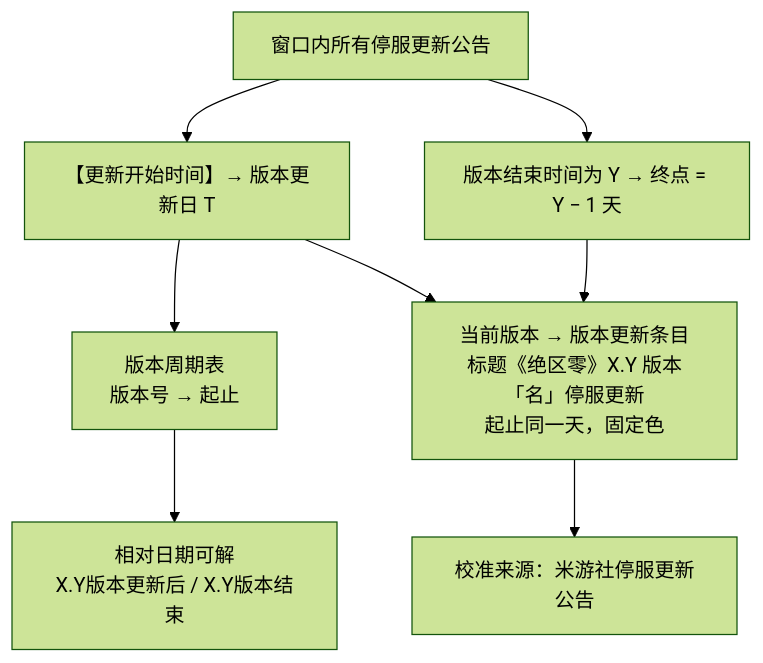
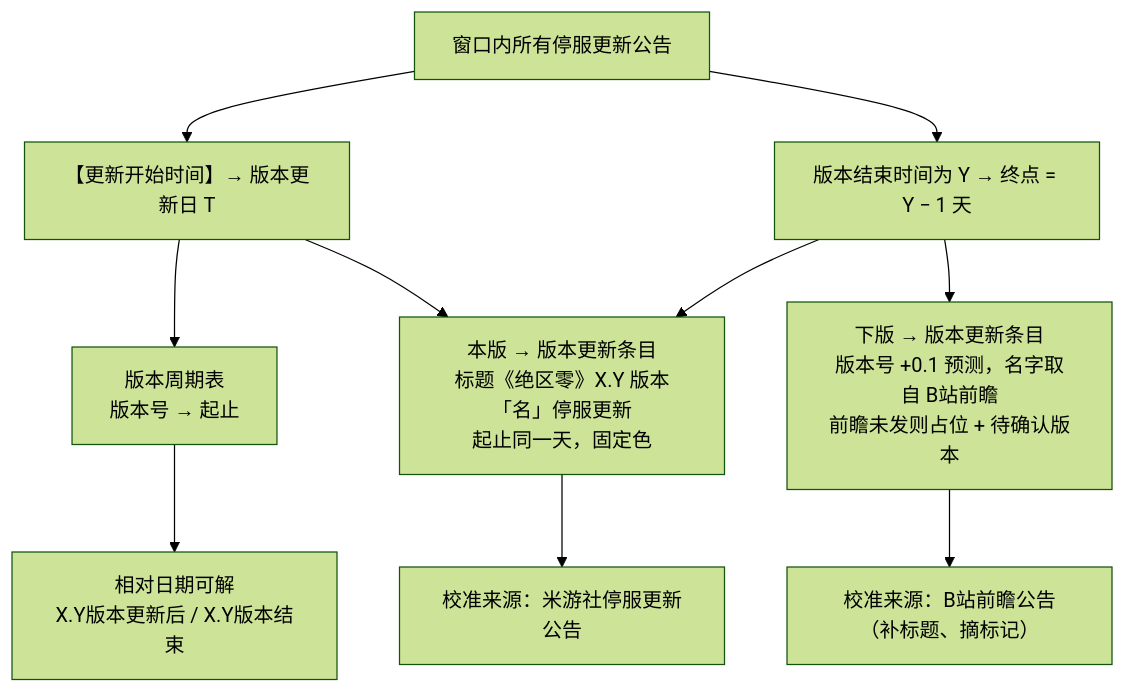
Before and after one commit to autummu2/HoyoCalendar: the fourth of 10 diagrams in tools/editor/zenless/RULES.md, drawn with Mermaid (forest theme). The commit also changed other lines of this file and 7 other files, not shown here.

````diff
--- a/tools/editor/zenless/RULES.md
+++ b/tools/editor/zenless/RULES.md
@@ -176,10 +185,12 @@
 ```mermaid
 flowchart TD
     A["窗口内所有停服更新公告"] --> B["【更新开始时间】→ 版本更新日 T"]
     A --> C["版本结束时间为 Y → 终点 = Y − 1 天"]
     B --> D["版本周期表<br/>版本号 → 起止"]
     D --> E["相对日期可解<br/>X.Y版本更新后 / X.Y版本结束"]
-    B --> F["当前版本 → 版本更新条目<br/>标题《绝区零》X.Y 版本「名」停服更新<br/>起止同一天，固定色"]
+    B --> F["本版 → 版本更新条目<br/>标题《绝区零》X.Y 版本「名」停服更新<br/>起止同一天，固定色"]
     C --> F
+    C --> H["下版 → 版本更新条目<br/>版本号 +0.1 预测，名字取自 B站前瞻<br/>前瞻未发则占位 + 待确认版本"]
     F --> G["校准来源：米游社停服更新公告"]
+    H --> I["校准来源：B站前瞻公告（补标题、摘标记）"]
 ```
````
